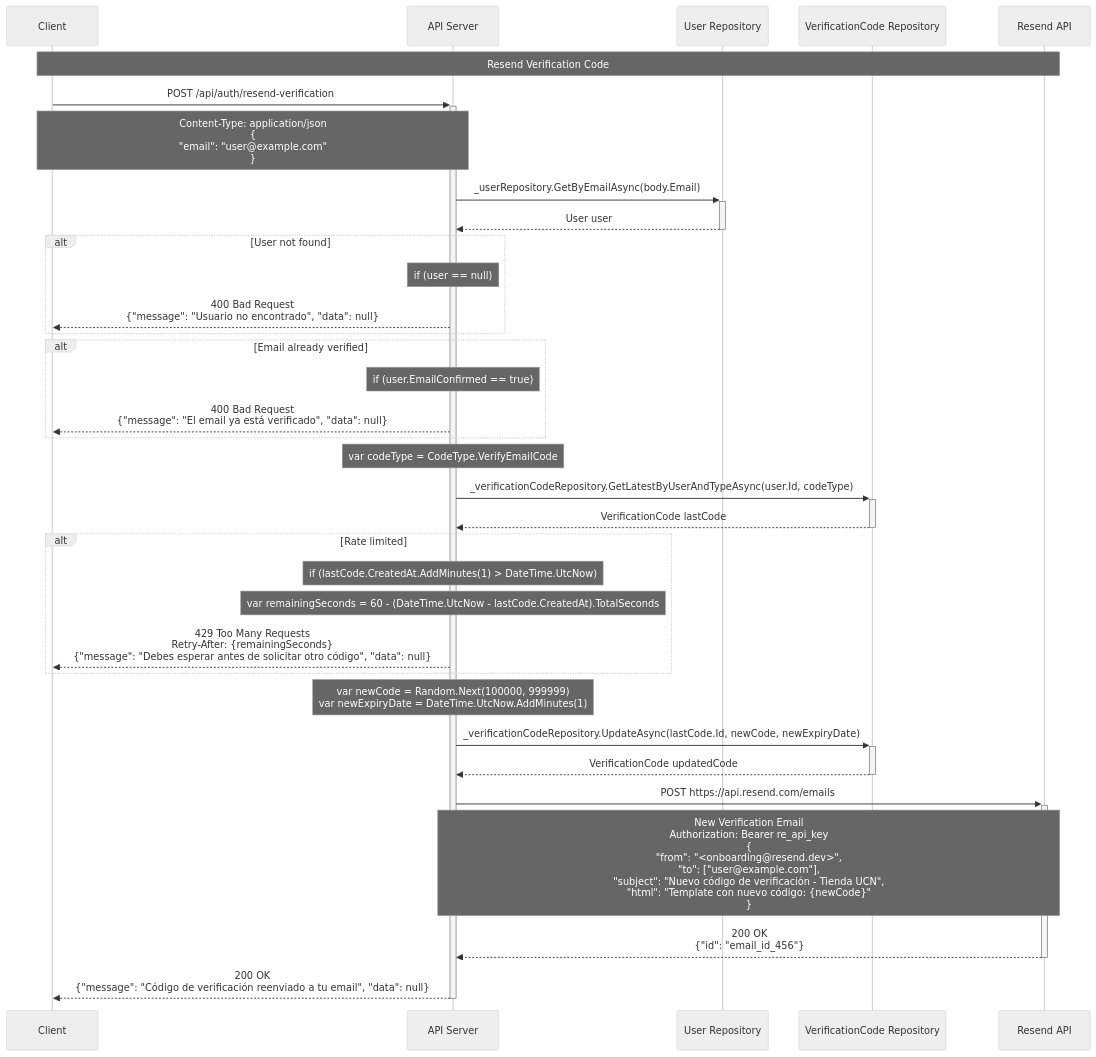
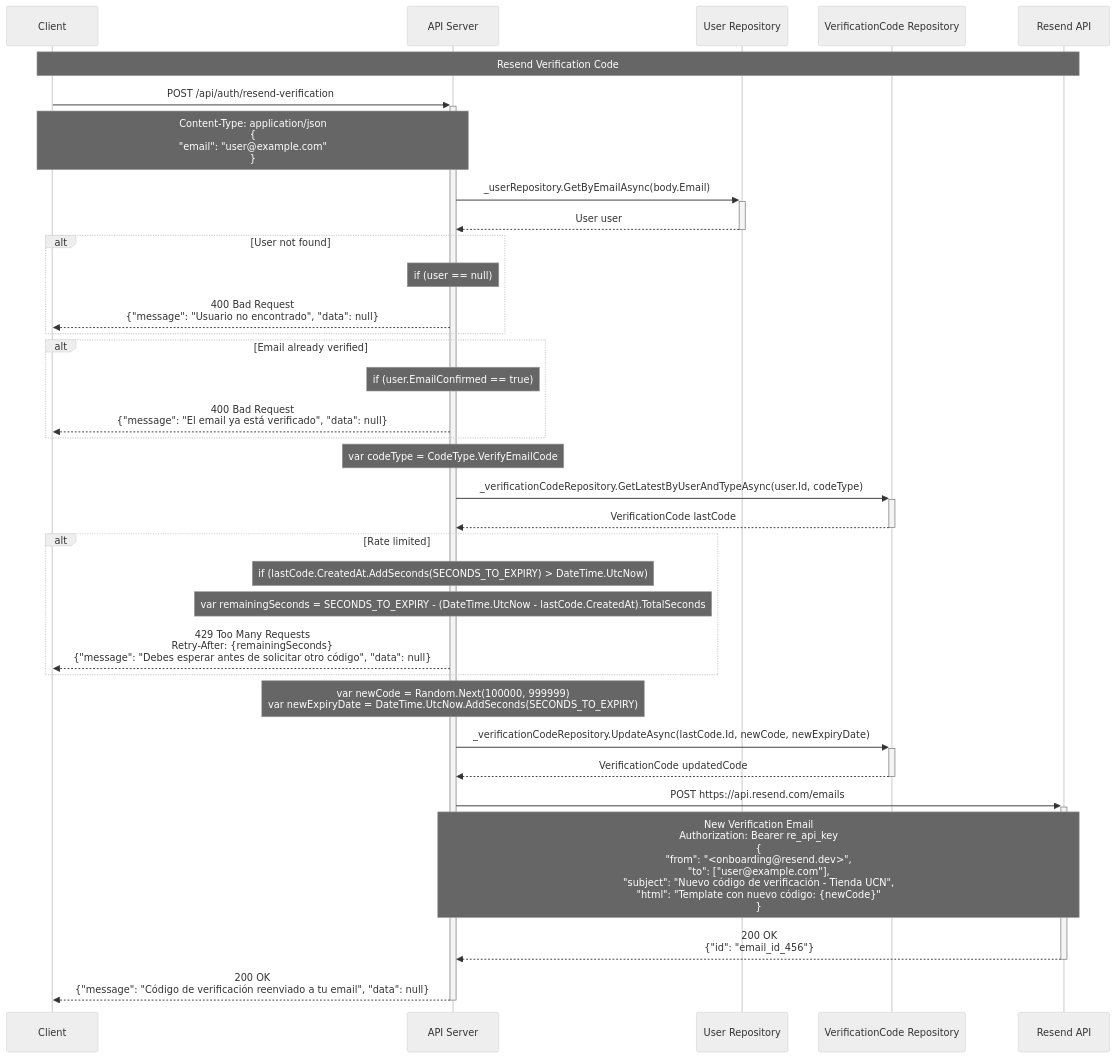
Before and after one commit to JorgeRiveraMancilla/idwm-backend: the diagram in Docs/Auth/3_ResendCode.md, drawn with Mermaid (neutral theme).

Commit message:
docs(auth): refine sequence diagram for resend code process to use SECONDS_TO_EXPIRY for rate limiting and expiry date

````diff
--- a/Docs/Auth/3_ResendCode.md
+++ b/Docs/Auth/3_ResendCode.md
@@ -1,50 +1,50 @@
 ```mermaid
 sequenceDiagram
     participant C as Client
     participant API as API Server
     participant UR as User Repository
     participant VCR as VerificationCode Repository
     participant RS as Resend API
 
     Note over C,RS: Resend Verification Code
 
     C->>+API: POST /api/auth/resend-verification
     Note over C,API: Content-Type: application/json<br/>{<br/>"email": "user@example.com"<br/>}
 
     API->>+UR: _userRepository.GetByEmailAsync(body.Email)
     UR-->>-API: User user
 
     alt User not found
         Note over API: if (user == null)
         API-->>C: 400 Bad Request<br/>{"message": "Usuario no encontrado", "data": null}
     end
 
     alt Email already verified
         Note over API: if (user.EmailConfirmed == true)
         API-->>C: 400 Bad Request<br/>{"message": "El email ya está verificado", "data": null}
     end
 
     Note over API: var codeType = CodeType.VerifyEmailCode
 
     API->>+VCR: _verificationCodeRepository.GetLatestByUserAndTypeAsync(user.Id, codeType)
     VCR-->>-API: VerificationCode lastCode
 
     alt Rate limited
-        Note over API: if (lastCode.CreatedAt.AddMinutes(1) > DateTime.UtcNow)
-        Note over API: var remainingSeconds = 60 - (DateTime.UtcNow - lastCode.CreatedAt).TotalSeconds
+        Note over API: if (lastCode.CreatedAt.AddSeconds(SECONDS_TO_EXPIRY) > DateTime.UtcNow)
+        Note over API: var remainingSeconds = SECONDS_TO_EXPIRY - (DateTime.UtcNow - lastCode.CreatedAt).TotalSeconds
 
         API-->>C: 429 Too Many Requests<br/>Retry-After: {remainingSeconds}<br/>{"message": "Debes esperar antes de solicitar otro código", "data": null}
     end
 
-    Note over API: var newCode = Random.Next(100000, 999999)<br/>var newExpiryDate = DateTime.UtcNow.AddMinutes(1)
+    Note over API: var newCode = Random.Next(100000, 999999)<br/>var newExpiryDate = DateTime.UtcNow.AddSeconds(SECONDS_TO_EXPIRY)
 
     API->>+VCR: _verificationCodeRepository.UpdateAsync(lastCode.Id, newCode, newExpiryDate)
     VCR-->>-API: VerificationCode updatedCode
 
     API->>+RS: POST https://api.resend.com/emails
     Note over API,RS: New Verification Email<br/>Authorization: Bearer re_api_key<br/>{<br/>"from": "<onboarding@resend.dev>",<br/>"to": ["user@example.com"],<br/>"subject": "Nuevo código de verificación - Tienda UCN",<br/>"html": "Template con nuevo código: {newCode}"<br/>}
 
     RS-->>-API: 200 OK<br/>{"id": "email_id_456"}
 
     API-->>-C: 200 OK<br/>{"message": "Código de verificación reenviado a tu email", "data": null}
 ```
````
